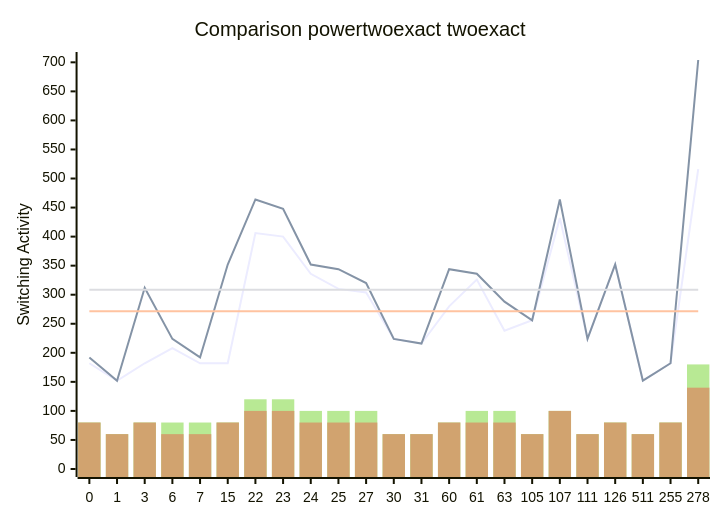
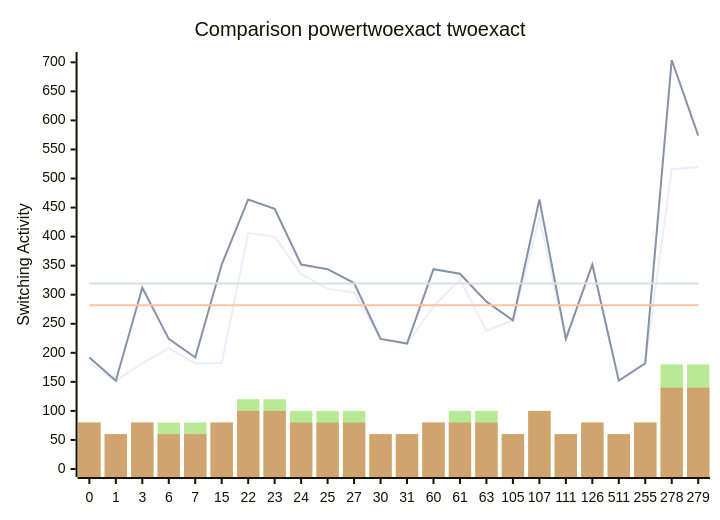
One commit to FeldmeierMichael/Exact-Power-Synthesis changed the diagram in benchmark_opt.md. Above: the diagram before and after it, drawn with Mermaid. The commit also changed other lines of this file, not shown here.

````diff
--- a/benchmark_opt.md
+++ b/benchmark_opt.md
@@ -51,12 +53,12 @@
 ```mermaid
 xychart-beta
     title "Comparison powertwoexact twoexact"
-    x-axis [0, 1, 3, 6, 7, 15, 22, 23, 24, 25, 27, 30, 31, 60, 61, 63, 105, 107, 111, 126, 511, 255, 278]
+    x-axis [0, 1, 3, 6, 7, 15, 22, 23, 24, 25, 27, 30, 31, 60, 61, 63, 105, 107, 111, 126, 511, 255, 278, 279]
     y-axis "Switching Activity" 0-->704
-    line [182, 152, 182, 208, 182, 182, 406, 400, 336, 310, 304, 224, 216, 280, 326, 238, 256, 432, 224, 352, 152, 182, 516]
-    line [192, 152, 312, 224, 192, 352, 464, 448, 352, 344, 320, 224, 216, 344, 336, 288, 256, 464, 224, 352, 152, 182, 704]
-    line [271.39130434782606, 271.39130434782606, 271.39130434782606, 271.39130434782606, 271.39130434782606, 271.39130434782606, 271.39130434782606, 271.39130434782606, 271.39130434782606, 271.39130434782606, 271.39130434782606, 271.39130434782606, 271.39130434782606, 271.39130434782606, 271.39130434782606, 271.39130434782606, 271.39130434782606, 271.39130434782606, 271.39130434782606, 271.39130434782606, 271.39130434782606, 271.39130434782606, 271.39130434782606]
-    line [308.4347826086956, 308.4347826086956, 308.4347826086956, 308.4347826086956, 308.4347826086956, 308.4347826086956, 308.4347826086956, 308.4347826086956, 308.4347826086956, 308.4347826086956, 308.4347826086956, 308.4347826086956, 308.4347826086956, 308.4347826086956, 308.4347826086956, 308.4347826086956, 308.4347826086956, 308.4347826086956, 308.4347826086956, 308.4347826086956, 308.4347826086956, 308.4347826086956, 308.4347826086956]
-    bar [80, 60, 80, 80, 80, 80, 120, 120, 100, 100, 100, 60, 60, 80, 100, 100, 60, 100, 60, 80, 60, 80, 180]
-    bar [80, 60, 80, 60, 60, 80, 100, 100, 80, 80, 80, 60, 60, 80, 80, 80, 60, 100, 60, 80, 60, 80, 140]
+    line [182, 152, 182, 208, 182, 182, 406, 400, 336, 310, 304, 224, 216, 280, 326, 238, 256, 432, 224, 352, 152, 182, 516, 520]
+    line [192, 152, 312, 224, 192, 352, 464, 448, 352, 344, 320, 224, 216, 344, 336, 288, 256, 464, 224, 352, 152, 182, 704, 574]
+    line [281.75, 281.75, 281.75, 281.75, 281.75, 281.75, 281.75, 281.75, 281.75, 281.75, 281.75, 281.75, 281.75, 281.75, 281.75, 281.75, 281.75, 281.75, 281.75, 281.75, 281.75, 281.75, 281.75, 281.75]
+    line [319.5, 319.5, 319.5, 319.5, 319.5, 319.5, 319.5, 319.5, 319.5, 319.5, 319.5, 319.5, 319.5, 319.5, 319.5, 319.5, 319.5, 319.5, 319.5, 319.5, 319.5, 319.5, 319.5, 319.5]
+    bar [80, 60, 80, 80, 80, 80, 120, 120, 100, 100, 100, 60, 60, 80, 100, 100, 60, 100, 60, 80, 60, 80, 180, 180]
+    bar [80, 60, 80, 60, 60, 80, 100, 100, 80, 80, 80, 60, 60, 80, 80, 80, 60, 100, 60, 80, 60, 80, 140, 140]
 ```
````
